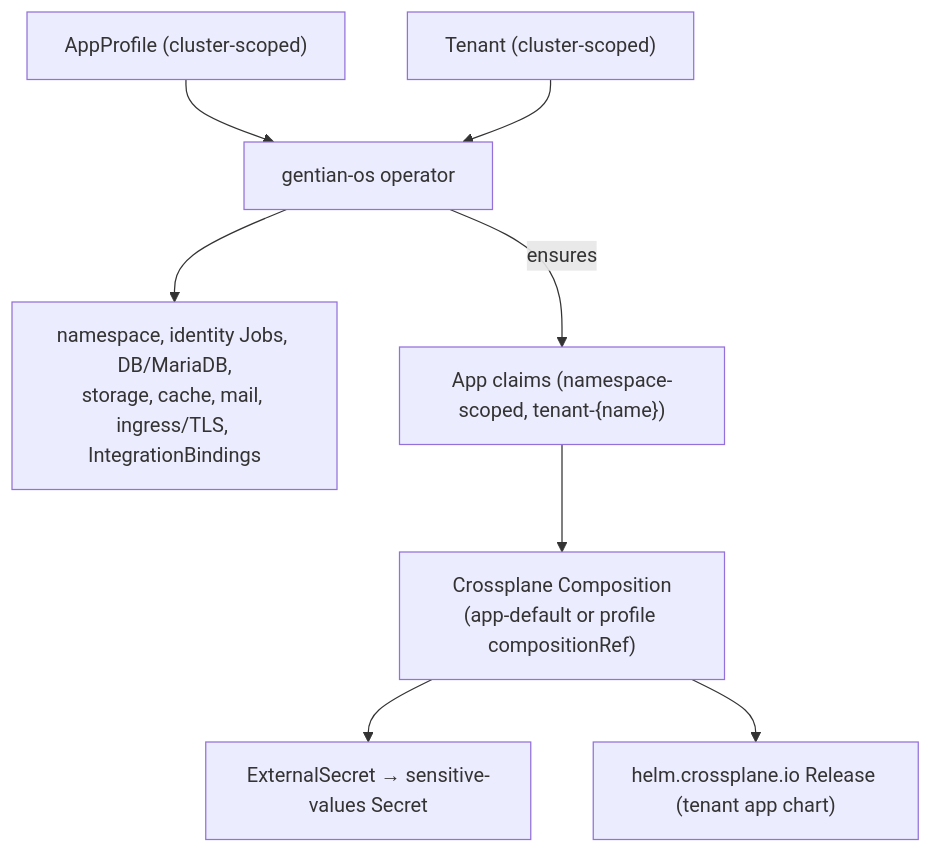
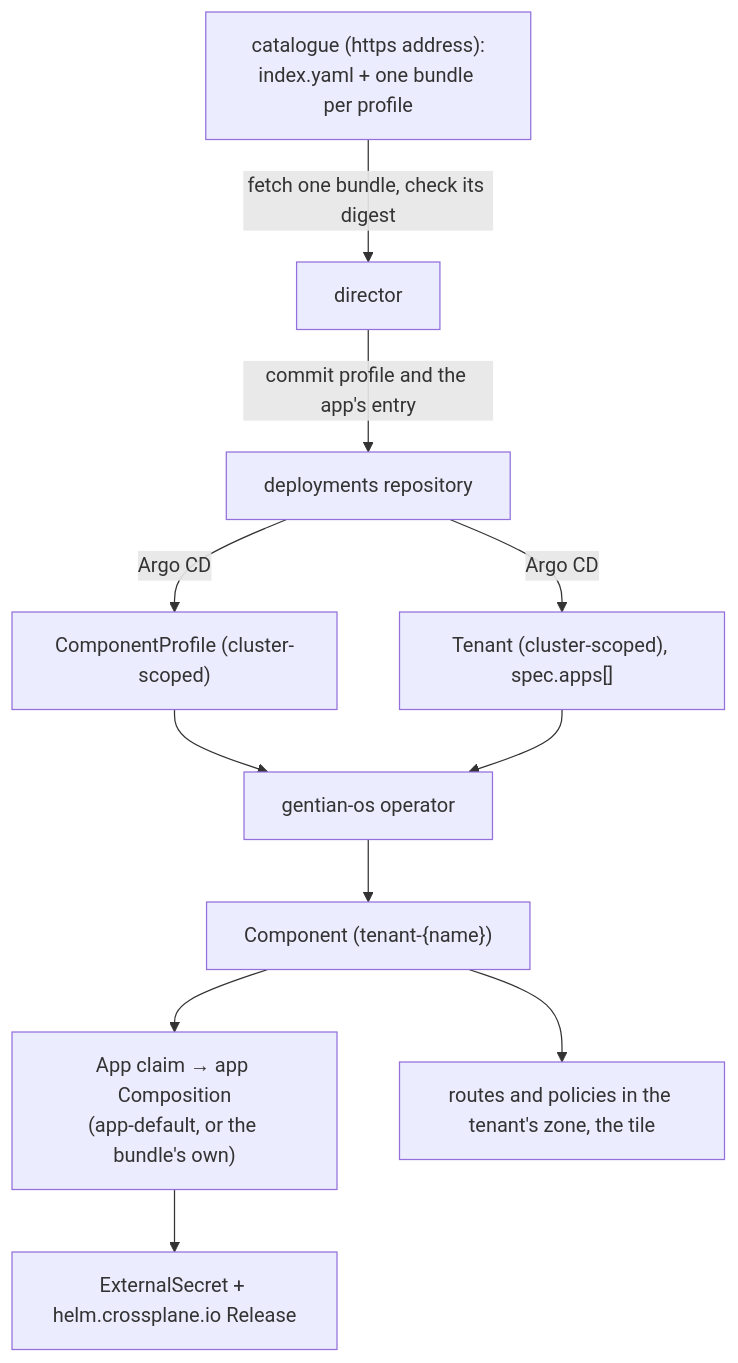
One commit to gentian-org/gentian-os changed the first of 2 diagrams in docs/design/app-catalogue.md. Above: the diagram before and after it, drawn with Mermaid. The commit also changed other lines of this file and 27 other files, not shown here.

````diff
--- a/docs/design/app-catalogue.md
+++ b/docs/design/app-catalogue.md
@@ -12,19 +12,21 @@
 ```mermaid
 flowchart TD
-    AppProfile["AppProfile (cluster-scoped)"]
-    Tenant["Tenant (cluster-scoped)"]
+    Catalogue["catalogue (https address):<br>index.yaml + one bundle per profile"]
+    Director["director"]
+    Git["deployments repository"]
+    Profile["ComponentProfile (cluster-scoped)"]
+    Tenant["Tenant (cluster-scoped), spec.apps[]"]
     Operator["gentian-os operator"]
-    
-    Resources["namespace, identity Jobs, DB/MariaDB,<br>storage, cache, mail, ingress/TLS, IntegrationBindings"]
-    AppClaims["App claims (namespace-scoped, tenant-{name})"]
-    Composition["Crossplane Composition<br>(app-default or profile compositionRef)"]
-    ExtSecret["ExternalSecret → sensitive-values Secret"]
-    HelmRelease["helm.crossplane.io Release (tenant app chart)"]
-    
-    AppProfile & Tenant --> Operator
-    Operator --> Resources
-    Operator -->|"ensures"| AppClaims
-    AppClaims --> Composition
-    Composition --> ExtSecret
-    Composition --> HelmRelease
+    Component["Component (tenant-{name})"]
+    Claim["App claim → app Composition<br>(app-default, or the bundle's own)"]
+    Release["ExternalSecret + helm.crossplane.io Release"]
+    Routes["routes and policies in the tenant's zone, the tile"]
+
+    Catalogue -->|"fetch one bundle, check its digest"| Director
+    Director -->|"commit profile and the app's entry"| Git
+    Git -->|"Argo CD"| Profile & Tenant
+    Profile & Tenant --> Operator
+    Operator --> Component
+    Component --> Claim --> Release
+    Component --> Routes
 ```
````
